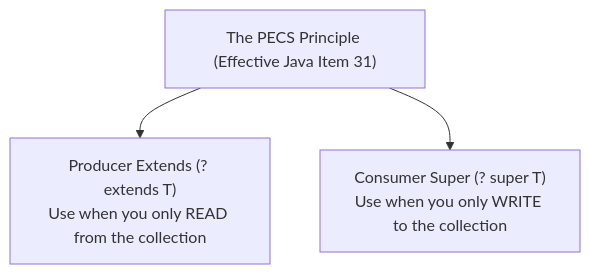
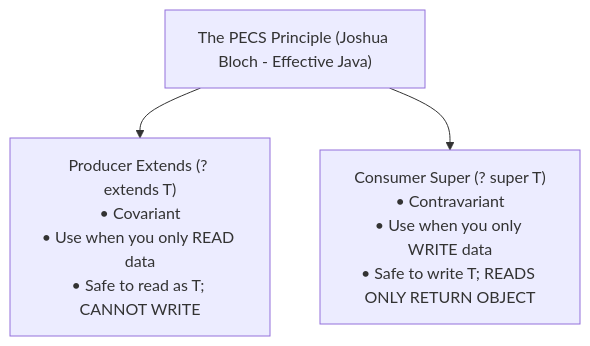
One commit to weaponxwolf/backend-engineering-mastry changed the third of 3 diagrams in docs/java/generics-streams.mdx. Above: the diagram before and after it, drawn with Mermaid. The commit also changed other lines of this file and 16 other files, not shown here.

````diff
--- a/docs/java/generics-streams.mdx
+++ b/docs/java/generics-streams.mdx
@@ -89,6 +250,6 @@
 ```mermaid
 graph TD
-    PECS["The PECS Principle (Effective Java Item 31)"]
-    PECS --> P["Producer Extends (? extends T)<br/>Use when you only READ from the collection"]
-    PECS --> C["Consumer Super (? super T)<br/>Use when you only WRITE to the collection"]
+    PECS["The PECS Principle (Joshua Bloch - Effective Java)"]
+    PECS --> P["Producer Extends (? extends T)\n• Covariant\n• Use when you only READ data\n• Safe to read as T; CANNOT WRITE"]
+    PECS --> C["Consumer Super (? super T)\n• Contravariant\n• Use when you only WRITE data\n• Safe to write T; READS ONLY RETURN OBJECT"]
 ```
````
